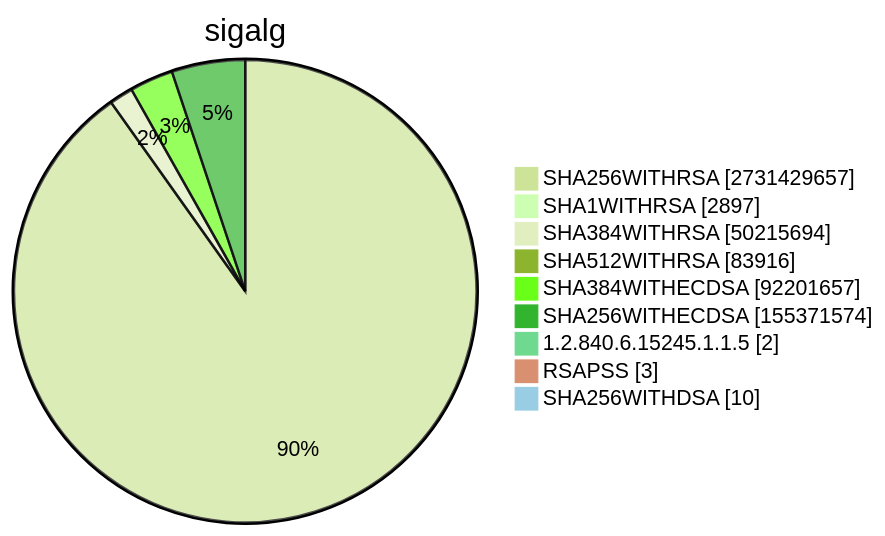
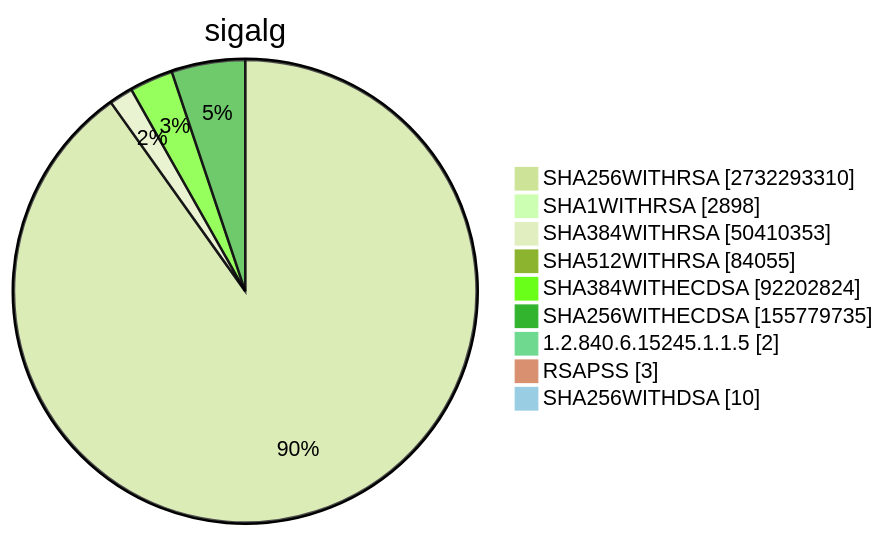
Diagram 15 of 15 in TOTAL/README.md (christiankrug/ctmonitor_visualization), drawn with Mermaid (forest theme) before and after one commit. The commit also changed other lines of this file, not shown here.

````diff
--- a/TOTAL/README.md
+++ b/TOTAL/README.md
@@ -6199,13 +6199,13 @@
 ```mermaid
 pie showData
 title sigalg
-"SHA256WITHRSA" :2731429657
-"SHA1WITHRSA" :2897
-"SHA384WITHRSA" :50215694
-"SHA512WITHRSA" :83916
-"SHA384WITHECDSA" :92201657
-"SHA256WITHECDSA" :155371574
+"SHA256WITHRSA" :2732293310
+"SHA1WITHRSA" :2898
+"SHA384WITHRSA" :50410353
+"SHA512WITHRSA" :84055
+"SHA384WITHECDSA" :92202824
+"SHA256WITHECDSA" :155779735
 "1.2.840.6.15245.1.1.5" :2
 "RSAPSS" :3
 "SHA256WITHDSA" :10
 ```
````
